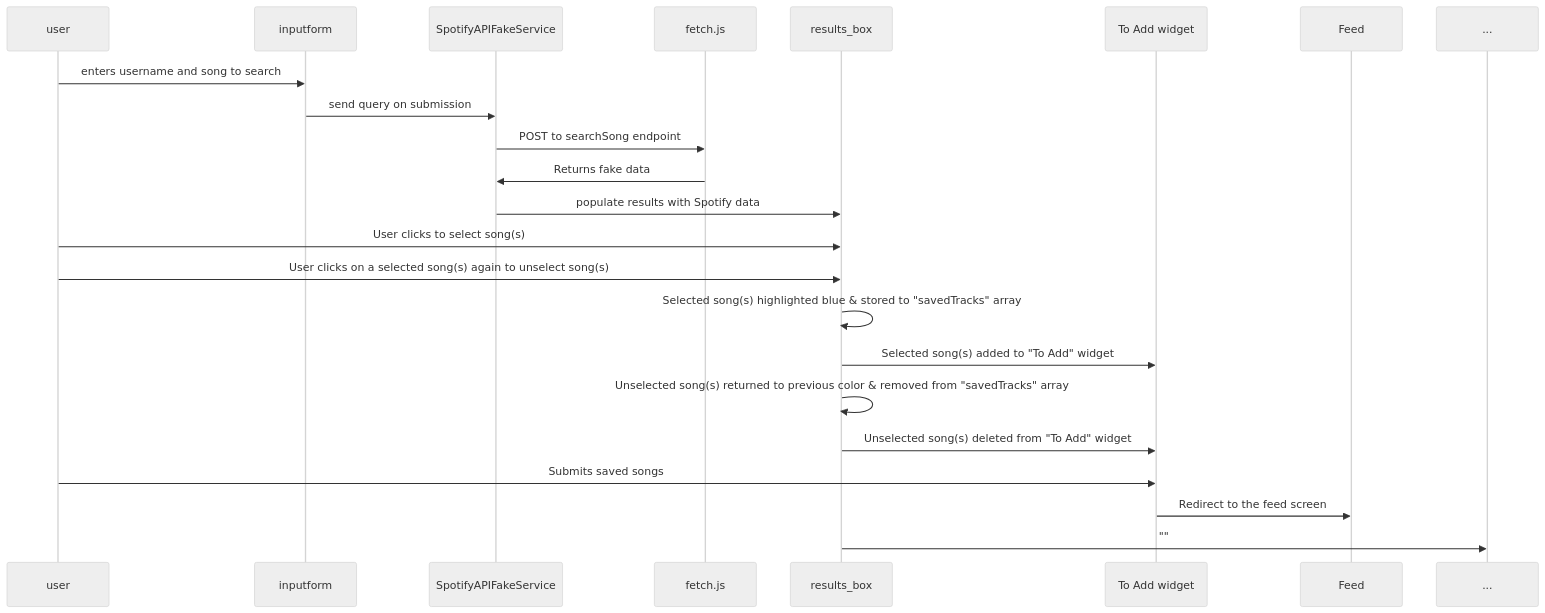
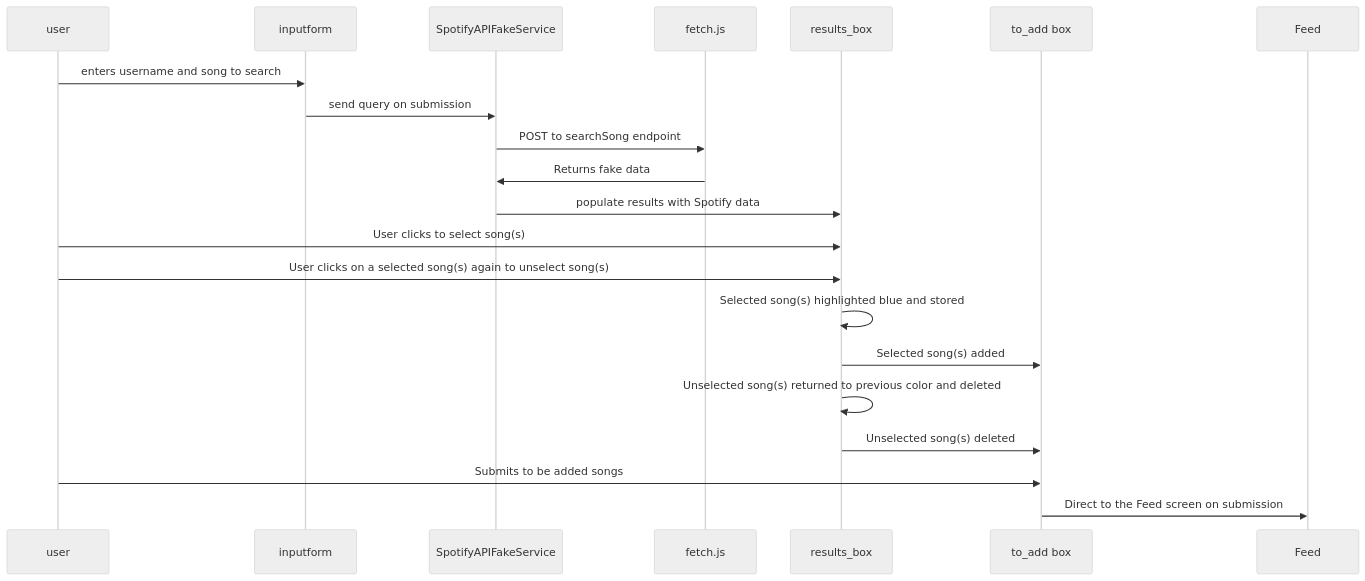
Before and after one commit to lucyzhang04/326Project: the diagram in team/m3/mai-chi-le/feature-sequence-diagram.md, drawn with Mermaid (neutral theme).

Commit message:
Fixed minor mistake in mermaid diagram  mai-chi-le.md

````diff
--- a/team/m3/mai-chi-le/feature-sequence-diagram.md
+++ b/team/m3/mai-chi-le/feature-sequence-diagram.md
@@ -2,17 +2,16 @@
 ```mermaid
 sequenceDiagram
-  user->>inputform: enters username and song to search
-  inputform ->> SpotifyAPIFakeService: send query on submission
-  SpotifyAPIFakeService ->> fetch.js: POST to searchSong endpoint
-  fetch.js ->> SpotifyAPIFakeService: Returns fake data
-  SpotifyAPIFakeService ->> results_box: populate results with Spotify data
-  user ->> results_box: User clicks to select song(s)
-  user ->> results_box: User clicks on a selected song(s) again to unselect song(s)
-  results_box ->> results_box : Selected song(s) highlighted blue & stored to "savedTracks" array
-  results_box->>To Add widget: Selected song(s) added to "To Add" widget
-  results_box ->> results_box : Unselected song(s) returned to previous color & removed from "savedTracks" array
-  results_box ->> To Add widget: Unselected song(s) deleted from "To Add" widget
-  user ->> To Add widget: Submits saved songs
-  To Add widget ->> Feed: Redirect to the feed screen
-  results_box ->> ...: ""
+  user->>inputform: enters username and song to search
+  inputform ->> SpotifyAPIFakeService: send query on submission
+  SpotifyAPIFakeService ->> fetch.js: POST to searchSong endpoint
+  fetch.js ->> SpotifyAPIFakeService: Returns fake data
+  SpotifyAPIFakeService ->> results_box: populate results with Spotify data
+  user ->> results_box: User clicks to select song(s)
+  user ->> results_box: User clicks on a selected song(s) again to unselect song(s)
+  results_box ->> results_box : Selected song(s) highlighted blue and stored
+  results_box->>to_add box: Selected song(s) added 
+  results_box ->> results_box : Unselected song(s) returned to previous color and deleted
+  results_box ->> to_add box: Unselected song(s) deleted
+  user ->> to_add box: Submits to be added songs
+  to_add box ->> Feed: Direct to the Feed screen on submission
 ```
````
